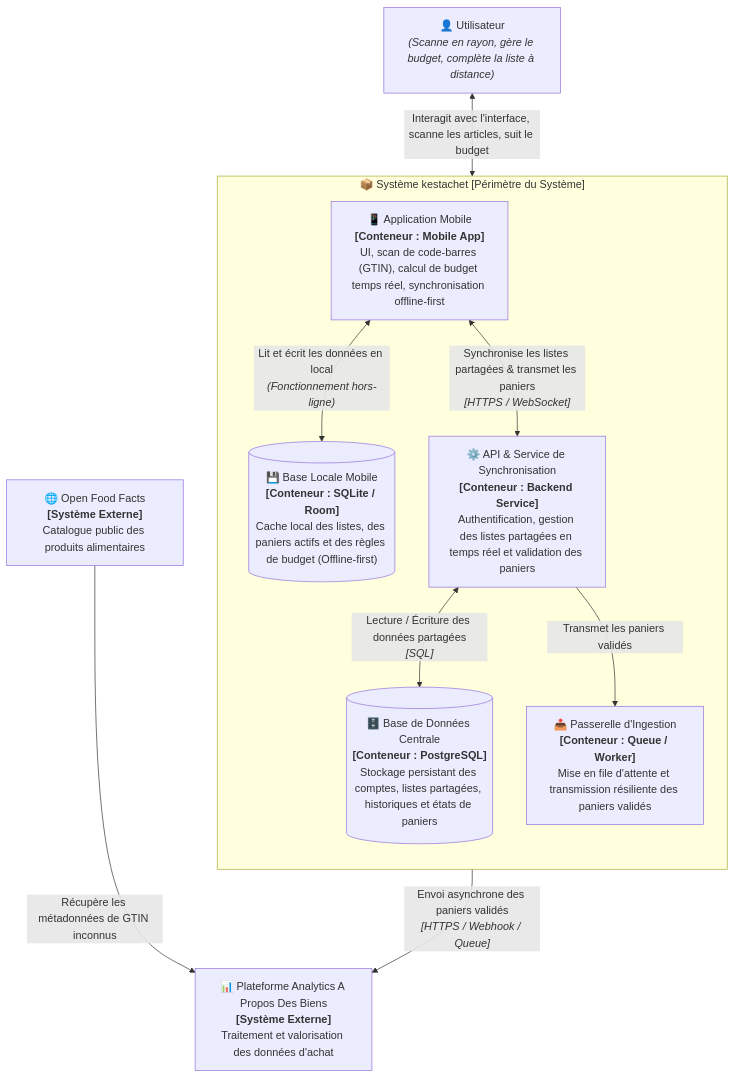
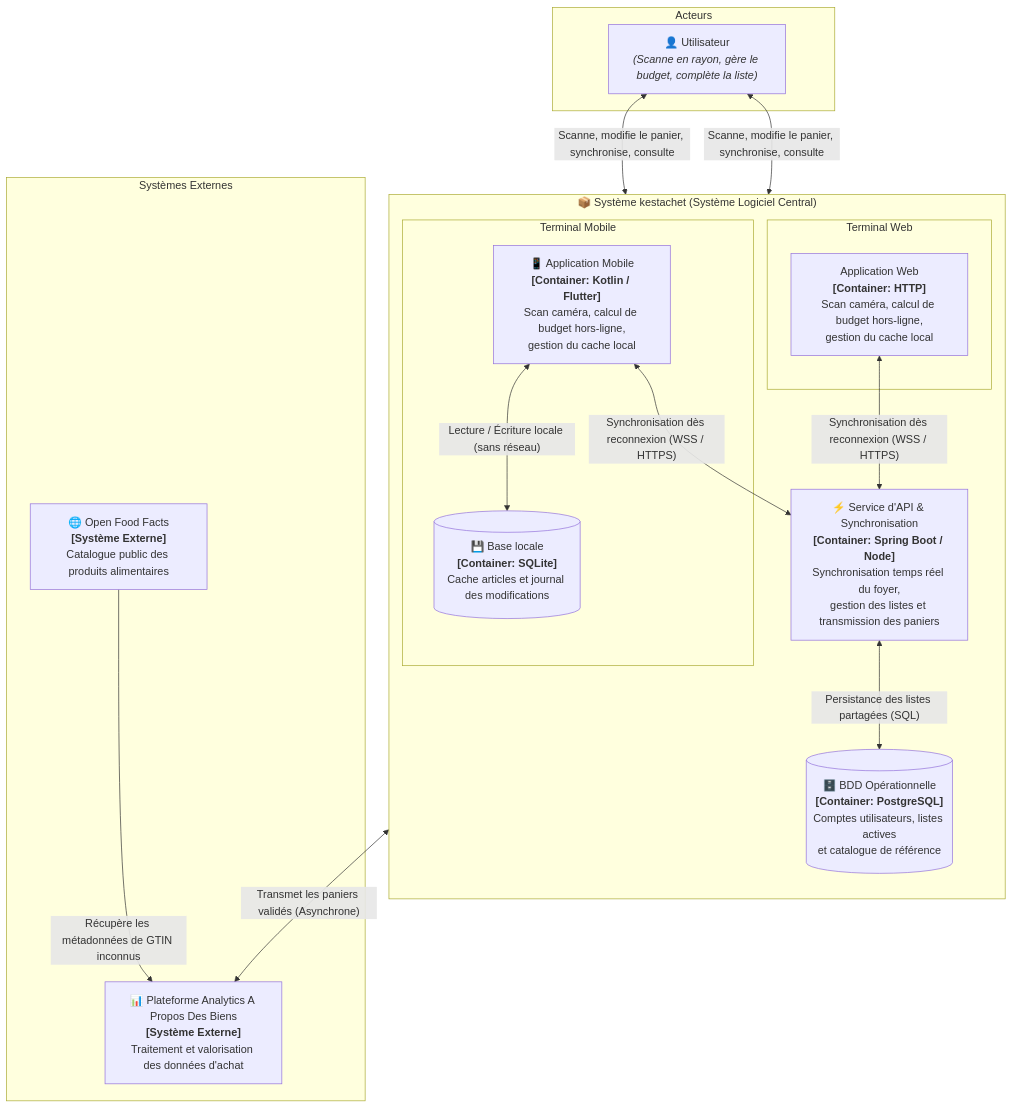
Before and after one commit to Edsaje/kestachet: the second of 2 diagrams in docs/architecture.md, drawn with Mermaid. The commit also changed other lines of this file, not shown here.

Commit message:
docs: mise à jour du dossier d'architecture et intégration du nouveau diagramme C2

````diff
--- a/docs/architecture.md
+++ b/docs/architecture.md
@@ -27,42 +276,41 @@
 ```mermaid
 flowchart TB
-    U["👤 Utilisateur<br><i>(Scanne en rayon, gère le budget, complète la liste à distance)</i>"]
-
-    subgraph KESTACHET ["📦 Système kestachet [Périmètre du Système]"]
-        direction TB
-
-        APP["📱 Application Mobile<br><b>[Conteneur : Mobile App]</b><br>UI, scan de code-barres (GTIN), calcul de budget temps réel, synchronisation offline-first"]
-
-        LOCAL_DB[("💾 Base Locale Mobile<br><b>[Conteneur : SQLite / Room]</b><br>Cache local des listes, des paniers actifs et des règles de budget (Offline-first)")]
-
-        API["⚙️ API & Service de Synchronisation<br><b>[Conteneur : Backend Service]</b><br>Authentification, gestion des listes partagées en temps réel et validation des paniers"]
-
-        CENTRAL_DB[("🗄️ Base de Données Centrale<br><b>[Conteneur : PostgreSQL]</b><br>Stockage persistant des comptes, listes partagées, historiques et états de paniers")]
-
-        INGEST["📤 Passerelle d'Ingestion<br><b>[Conteneur : Queue / Worker]</b><br>Mise en file d'attente et transmission résiliente des paniers validés"]
+    subgraph USERS ["Acteurs"]
+        U["👤 Utilisateur<br><i>(Scanne en rayon, gère le budget, complète la liste)</i>"]
     end
 
-    DATA@{ label: "📊 Plateforme Analytics A Propos Des Biens<br><b>[Système Externe]</b><br>Traitement et valorisation des données d'achat" }
-    OFF["🌐 Open Food Facts<br><b>[Système Externe]</b><br>Catalogue public des produits alimentaires"]
+    subgraph K ["📦 Système kestachet (Système Logiciel Central)"]
+        direction TB
+        subgraph MOBILE ["Terminal Mobile"]
+            APP["📱 Application Mobile<br><b>[Container: Kotlin / Flutter]</b><br>Scan caméra, calcul de budget hors-ligne,<br>gestion du cache local"]
+            LOCAL_DB[("💾 Base locale<br><b>[Container: SQLite]</b><br>Cache articles et journal des modifications")]
+        end
+        subgraph WEB ["Terminal Web"]
+            AP[" Application Web<br><b>[Container: HTTP]</b><br>Scan caméra, calcul de budget hors-ligne,<br>gestion du cache local"]
+        end
 
-    %% Interactions Utilisateur
-    U <-- "Interagit avec l'interface, scanne les articles, suit le budget" --> APP
+        API["⚡ Service d'API & Synchronisation<br><b>[Container: Spring Boot / Node]</b><br>Synchronisation temps réel du foyer,<br>gestion des listes et transmission des paniers"]
 
-    %% Interactions Internes Mobile
-    APP <-- "Lit et écrit les données en local<br><i>(Fonctionnement hors-ligne)</i>" --> LOCAL_DB
+        PROD_DB[("🗄️ BDD Opérationnelle<br><b>[Container: PostgreSQL]</b><br>Comptes utilisateurs, listes actives<br>et catalogue de référence")]
+    end
 
-    %% Synchronisation Réseau
-    APP <-- "Synchronise les listes partagées & transmet les paniers<br><i>[HTTPS / WebSocket]</i>" --> API
+    subgraph EXTERNALS ["Systèmes Externes"]
+        DATA["📊 Plateforme Analytics A Propos Des Biens<br><b>[Système Externe]</b><br>Traitement et valorisation des données d'achat"]
+        OFF["🌐 Open Food Facts<br><b>[Système Externe]</b><br>Catalogue public des produits alimentaires"]
+    end
 
-    %% Persistance Centrale
-    API <-- "Lecture / Écriture des données partagées<br><i>[SQL]</i>" --> CENTRAL_DB
+    %% Relations Utilisateur <--> Kestachet
+    U <-->|"Scanne, modifie le panier, synchronise, consulte"| APP
+    APP <-->|"Lecture / Écriture locale (sans réseau)"| LOCAL_DB
 
-    %% Ingestion asynchrone
-    API -- "Transmet les paniers validés" --> INGEST
-    INGEST -- "Envoi asynchrone des paniers validés<br><i>[HTTPS / Webhook / Queue]</i>" --> DATA
+    U <-->|"Scanne, modifie le panier, synchronise, consulte"| AP
+    AP <-->|"Synchronisation dès reconnexion (WSS / HTTPS)"| API
 
-    %% Flux externe Open Food Facts
-    OFF -- "Récupère les métadonnées de GTIN inconnus" --> DATA
+    %% Relations internes Kestachet
+    APP <-->|"Synchronisation dès reconnexion (WSS / HTTPS)"| API
+    API <-->|"Persistance des listes partagées (SQL)"| PROD_DB
 
-    DATA@{ shape: rect}
+    %% Relations Kestachet <--> Externes (strictement identiques à ton C1)
+    API <-->|"Transmet les paniers validés (Asynchrone)"| DATA
+    OFF -->|"Récupère les métadonnées de GTIN inconnus"| DATA
 ```
````
